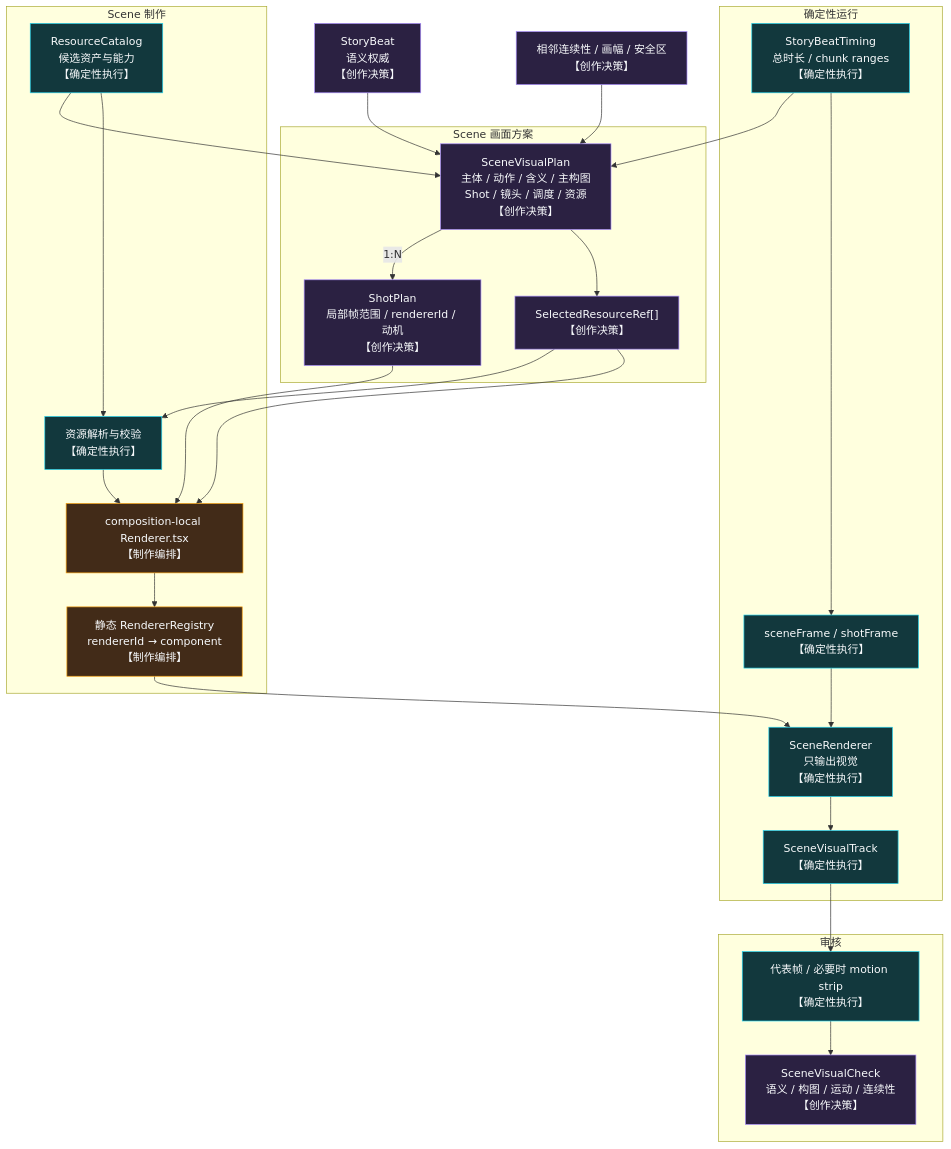
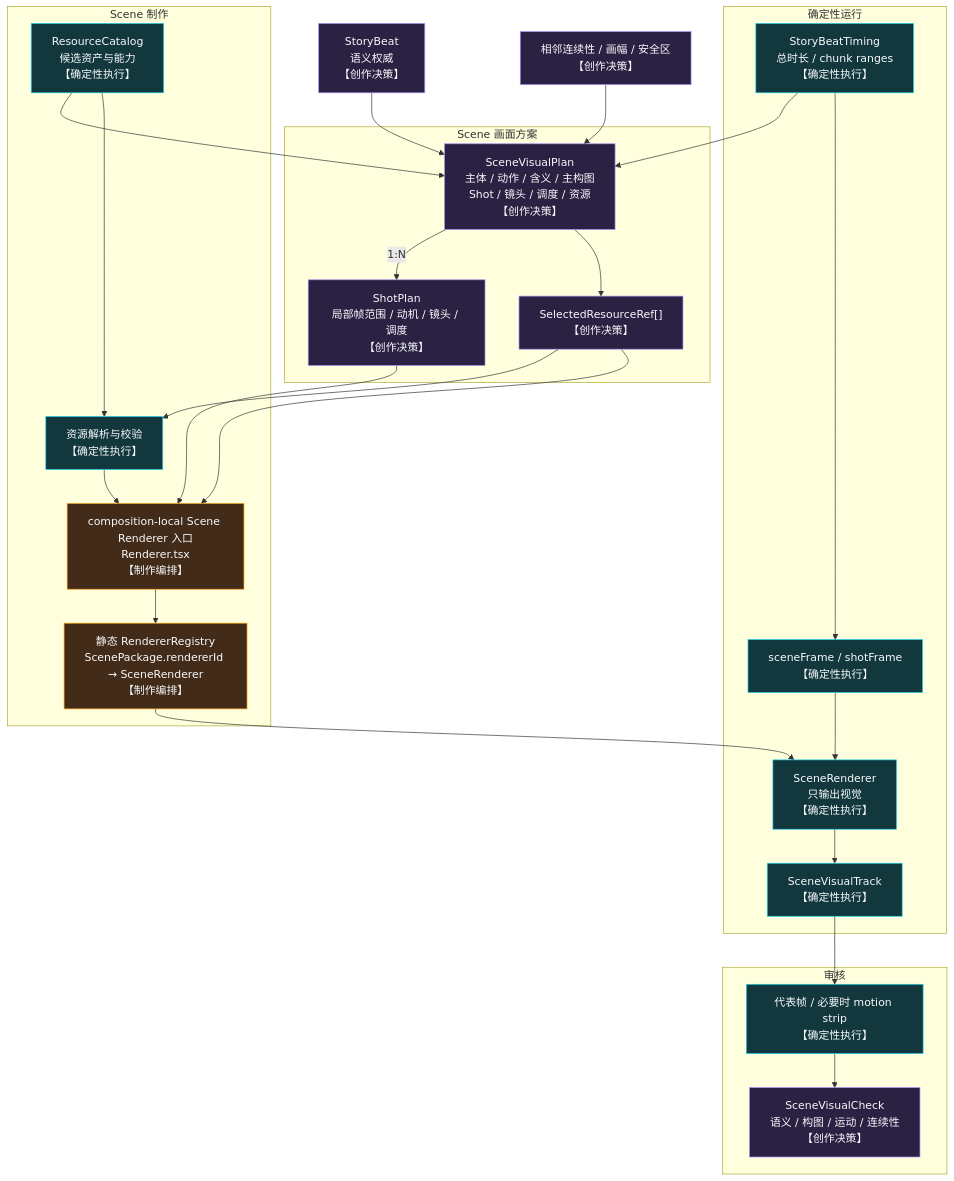
One commit to AXMORF/axmorf-studio changed the second of 2 diagrams in docs/ARCHITECTURE.md. Above: the diagram before and after it, drawn with Mermaid. The commit also changed other lines of this file and 11 other files, not shown here.

````diff
--- a/docs/ARCHITECTURE.md
+++ b/docs/ARCHITECTURE.md
@@ -64,41 +135,41 @@
 ```mermaid
 flowchart TB
     Beat["StoryBeat<br/>语义权威<br/>【创作决策】"] --> Plan
     Timing["StoryBeatTiming<br/>总时长 / chunk ranges<br/>【确定性执行】"] --> Plan
     Context["相邻连续性 / 画幅 / 安全区<br/>【创作决策】"] --> Plan
     Catalog["ResourceCatalog<br/>候选资产与能力<br/>【确定性执行】"] --> Plan
 
     subgraph Design["Scene 画面方案"]
       Plan["SceneVisualPlan<br/>主体 / 动作 / 含义 / 主构图<br/>Shot / 镜头 / 调度 / 资源<br/>【创作决策】"]
-      Plan -->|"1:N"| Shot["ShotPlan<br/>局部帧范围 / rendererId / 动机<br/>【创作决策】"]
+      Plan -->|"1:N"| Shot["ShotPlan<br/>局部帧范围 / 动机 / 镜头 / 调度<br/>【创作决策】"]
       Plan --> Refs["SelectedResourceRef[]<br/>【创作决策】"]
     end
 
     subgraph Authoring["Scene 制作"]
       Refs --> Resolve["资源解析与校验<br/>【确定性执行】"]
       Catalog --> Resolve
-      Shot --> Source["composition-local Renderer.tsx<br/>【制作编排】"]
+      Shot --> Source["composition-local Scene Renderer 入口<br/>Renderer.tsx<br/>【制作编排】"]
       Refs --> Source
       Resolve --> Source
-      Source --> Registry["静态 RendererRegistry<br/>rendererId → component<br/>【制作编排】"]
+      Source --> Registry["静态 RendererRegistry<br/>ScenePackage.rendererId → SceneRenderer<br/>【制作编排】"]
     end
 
     subgraph Runtime["确定性运行"]
       Timing --> Frame["sceneFrame / shotFrame<br/>【确定性执行】"]
       Registry --> Renderer["SceneRenderer<br/>只输出视觉<br/>【确定性执行】"]
       Frame --> Renderer
       Renderer --> Track["SceneVisualTrack<br/>【确定性执行】"]
     end
 
     subgraph Review["审核"]
       Track --> Evidence["代表帧 / 必要时 motion strip<br/>【确定性执行】"]
       Evidence --> Check["SceneVisualCheck<br/>语义 / 构图 / 运动 / 连续性<br/>【创作决策】"]
     end
 
     classDef creative fill:#2b2142,stroke:#a78bfa,color:#f8fafc;
     classDef orchestration fill:#422b18,stroke:#f59e0b,color:#f8fafc;
     classDef deterministic fill:#12383d,stroke:#22d3ee,color:#f8fafc;
     class Beat,Context,Plan,Shot,Refs,Check creative;
     class Source,Registry orchestration;
     class Timing,Catalog,Resolve,Frame,Renderer,Track,Evidence deterministic;
 ```
````
